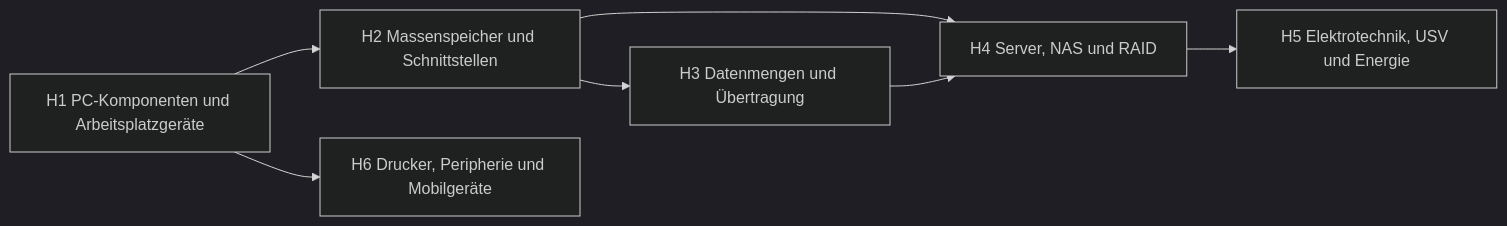
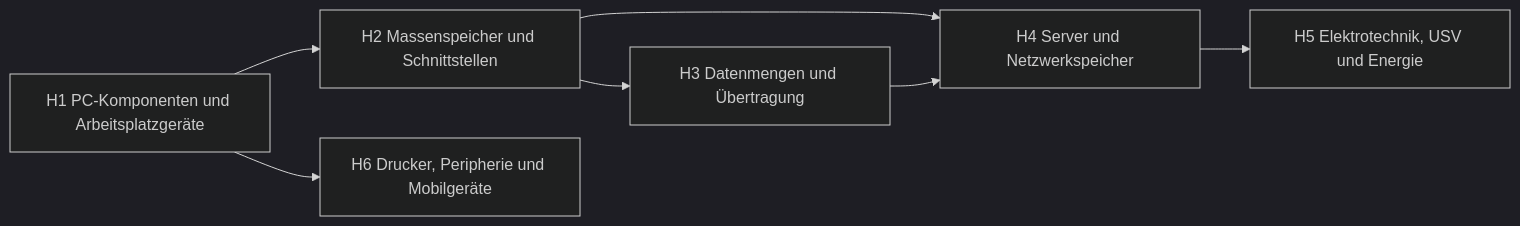
One commit to Woschj/Fisi_Fiae_Pruefungsvorbereitung changed the diagram in AP1/10 Lernmodule/2 Hardware/Übersicht Hardware.md. Above: the diagram before and after it, drawn with Mermaid (dark theme). The commit also changed other lines of this file and 32 other files, not shown here.

First line of the commit message:
AP1 auf Prüfungskatalog 2025 beschränken: RAID, SQL, PAP und Struktogramm entfernen

````diff
--- a/AP1/10 Lernmodule/2 Hardware/Übersicht Hardware.md
+++ b/AP1/10 Lernmodule/2 Hardware/Übersicht Hardware.md
@@ -10,16 +10,16 @@
 ```mermaid
 flowchart LR
   H1["H1 PC-Komponenten und Arbeitsplatzgeräte"]
   H2["H2 Massenspeicher und Schnittstellen"]
   H3["H3 Datenmengen und Übertragung"]
-  H4["H4 Server, NAS und RAID"]
+  H4["H4 Server und Netzwerkspeicher"]
   H5["H5 Elektrotechnik, USV und Energie"]
   H6["H6 Drucker, Peripherie und Mobilgeräte"]
   H1 --> H2
   H2 --> H3
   H2 --> H4
   H3 --> H4
   H4 --> H5
   H1 --> H6
   class H1,H2,H3,H4,H5,H6 internal-link
 ```
````
